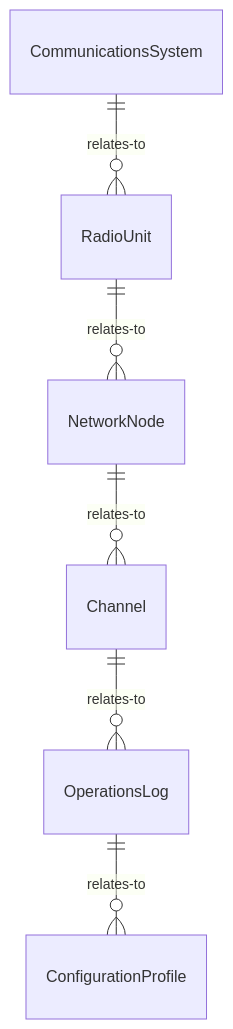
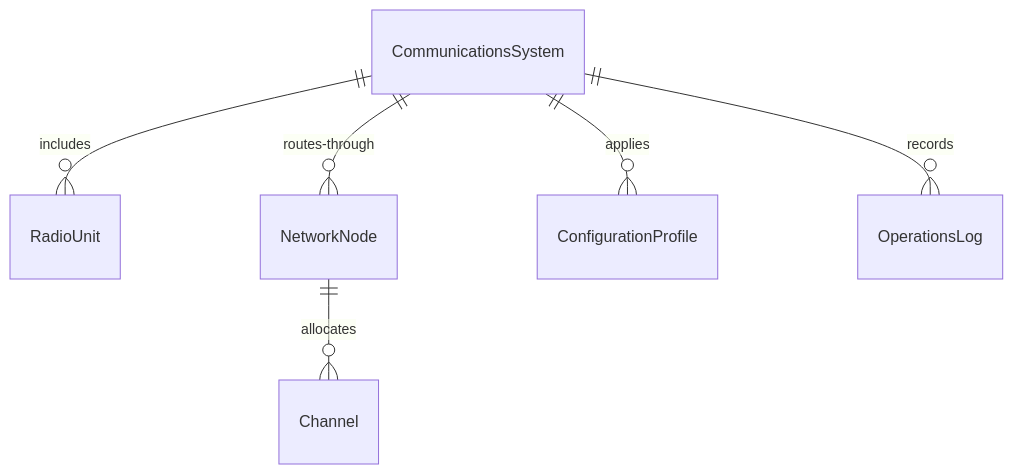
One commit to dot-org-ai/tasks.org.ai changed the first of 4 diagrams in ControllingMachinesAndProcesses/OperateCommunicationsEquipmentOrSystems/OperateCommunicationsEquipmentSystems.mdx. Above: the diagram before and after it, drawn with Mermaid. The commit also changed other lines of this file and 515 other files, not shown here.

````diff
--- a/ControllingMachinesAndProcesses/OperateCommunicationsEquipmentOrSystems/OperateCommunicationsEquipmentSystems.mdx
+++ b/ControllingMachinesAndProcesses/OperateCommunicationsEquipmentOrSystems/OperateCommunicationsEquipmentSystems.mdx
@@ -87,8 +87,8 @@
 ```mermaid
 erDiagram
-    CommunicationsSystem ||--o{ RadioUnit : relates-to
-    RadioUnit ||--o{ NetworkNode : relates-to
-    NetworkNode ||--o{ Channel : relates-to
-    Channel ||--o{ OperationsLog : relates-to
-    OperationsLog ||--o{ ConfigurationProfile : relates-to
+    CommunicationsSystem ||--o{ RadioUnit : includes
+    CommunicationsSystem ||--o{ NetworkNode : routes-through
+    NetworkNode ||--o{ Channel : allocates
+    CommunicationsSystem ||--o{ ConfigurationProfile : applies
+    CommunicationsSystem ||--o{ OperationsLog : records
 ```
````
